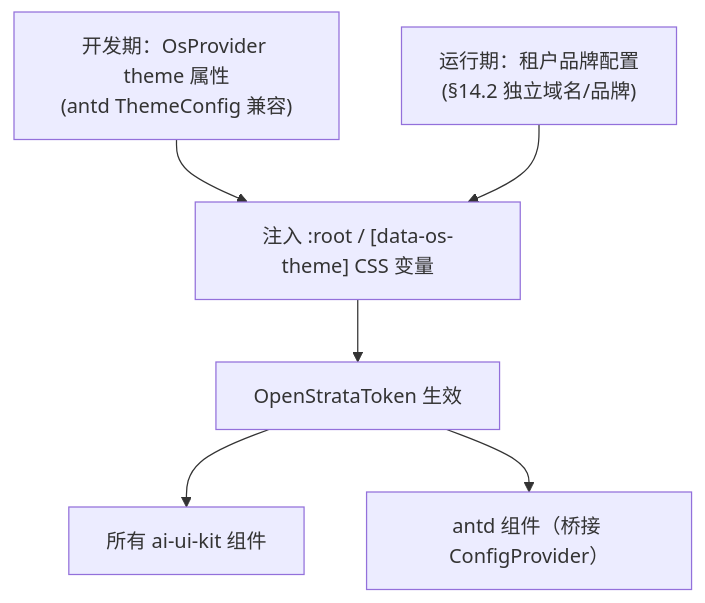
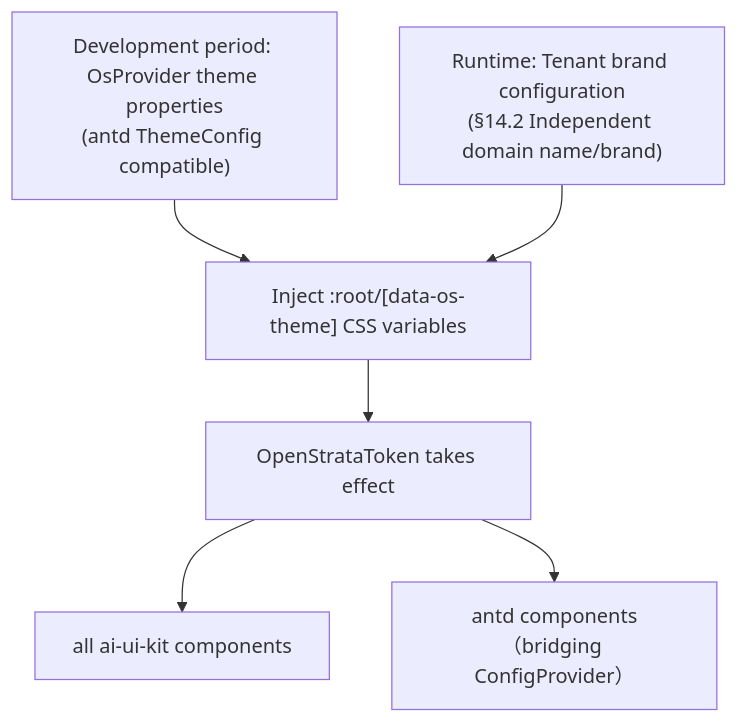
One commit to open-strata-ai/ai-ui-kit changed the fourth of 6 diagrams in design/DESIGN.md. Above: the diagram before and after it, drawn with Mermaid. The commit also changed other lines of this file and 13 other files, not shown here.

````diff
--- a/design/DESIGN.md
+++ b/design/DESIGN.md
@@ -342,8 +342,8 @@
 ```mermaid
 flowchart TD
-    DEV["开发期：OsProvider theme 属性<br/>(antd ThemeConfig 兼容)"] --> INJECT["注入 :root / [data-os-theme] CSS 变量"]
-    RUNTIME["运行期：租户品牌配置<br/>(§14.2 独立域名/品牌)"] --> INJECT
-    INJECT --> TOKENS["OpenStrataToken 生效"]
-    TOKENS --> COMP[所有 ai-ui-kit 组件]
-    TOKENS --> ANTDC[antd 组件（桥接 ConfigProvider）]
+    DEV["Development period: OsProvider theme properties<br/>(antd ThemeConfig compatible)"] --> INJECT["Inject :root/[data-os-theme] CSS variables"]
+    RUNTIME["Runtime: Tenant brand configuration<br/>(§14.2 Independent domain name/brand)"] --> INJECT
+    INJECT --> TOKENS["OpenStrataToken takes effect"]
+    TOKENS --> COMP[all ai-ui-kit components]
+    TOKENS --> ANTDC[antd components（bridging ConfigProvider）]
 ```
````
